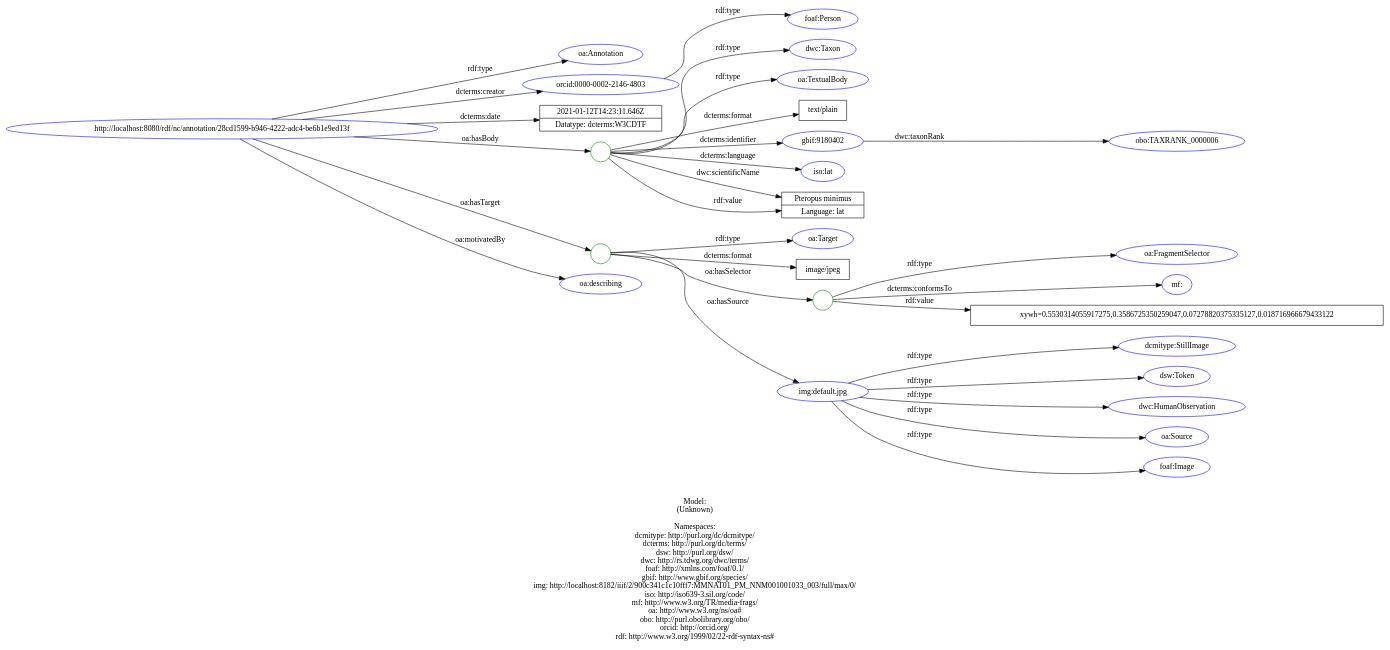
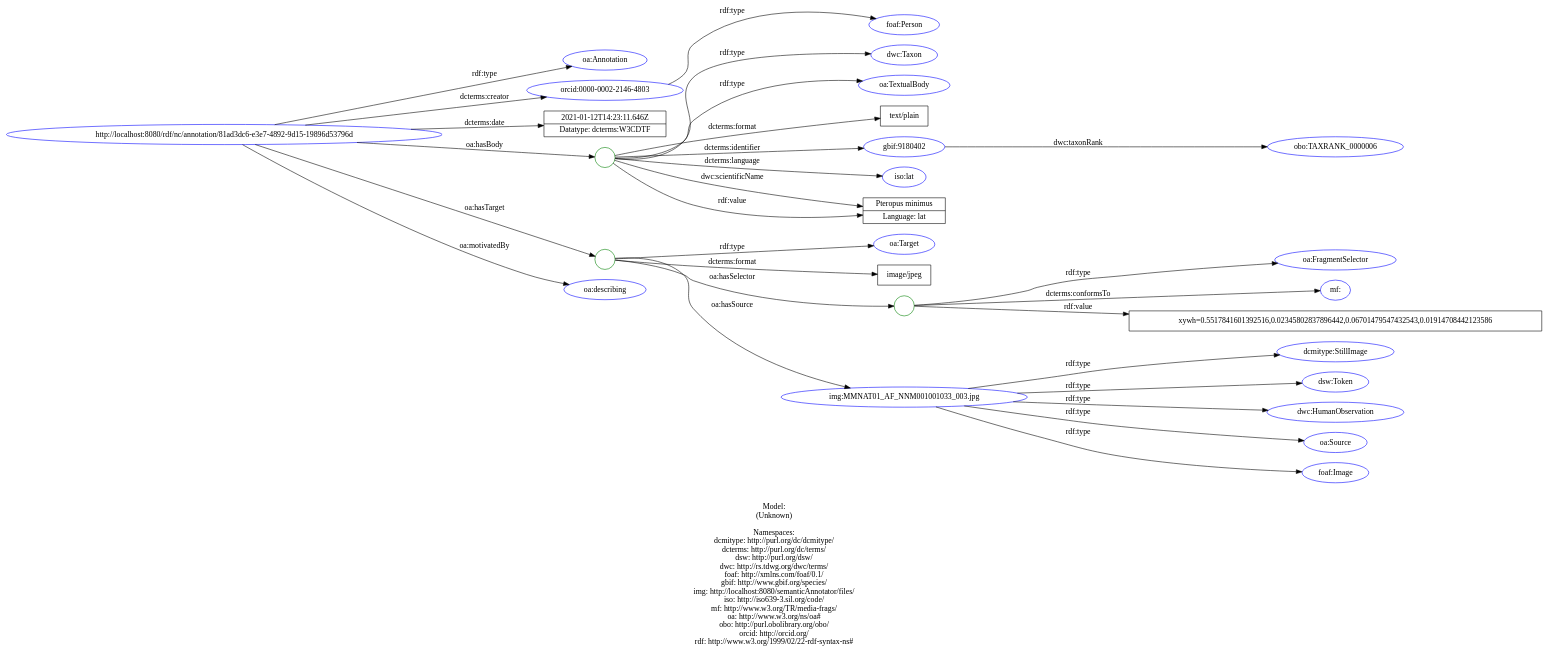
Before and after one commit to lisestork/SFB-Annotator: the diagram in doc/models/example_1_1.dot, drawn with Graphviz. The commit also changed 5 other files, not shown here.

```diff
--- a/doc/models/example_1_1.dot
+++ b/doc/models/example_1_1.dot
@@ -1,67 +1,67 @@
 digraph {
 	rankdir = LR;
 	charset="utf-8";
 
-	"Rhttp://localhost:8080/rdf/nc/annotation/28cd1599-b946-4222-adc4-be6b1e9ed13f" -> "Roa:Annotation" [ label="rdf:type" ];
-	"Rhttp://localhost:8080/rdf/nc/annotation/28cd1599-b946-4222-adc4-be6b1e9ed13f" -> "Rorcid:0000-0002-2146-4803" [ label="dcterms:creator" ];
-	"Rhttp://localhost:8080/rdf/nc/annotation/28cd1599-b946-4222-adc4-be6b1e9ed13f" -> "L2021-01-12T14:23:11.646Z|Datatype: dcterms:W3CDTF" [ label="dcterms:date" ];
-	"Rhttp://localhost:8080/rdf/nc/annotation/28cd1599-b946-4222-adc4-be6b1e9ed13f" -> "B_:node1f0gq2gelx45" [ label="oa:hasBody" ];
-	"B_:node1f0gq2gelx45" -> "Rdwc:Taxon" [ label="rdf:type" ];
-	"B_:node1f0gq2gelx45" -> "Roa:TextualBody" [ label="rdf:type" ];
-	"B_:node1f0gq2gelx45" -> "Ltext/plain" [ label="dcterms:format" ];
-	"B_:node1f0gq2gelx45" -> "Rgbif:9180402" [ label="dcterms:identifier" ];
-	"B_:node1f0gq2gelx45" -> "Riso:lat" [ label="dcterms:language" ];
-	"B_:node1f0gq2gelx45" -> "LPteropus minimus|Language: lat" [ label="dwc:scientificName" ];
-	"B_:node1f0gq2gelx45" -> "LPteropus minimus|Language: lat" [ label="rdf:value" ];
-	"Rhttp://localhost:8080/rdf/nc/annotation/28cd1599-b946-4222-adc4-be6b1e9ed13f" -> "B_:node1f0gq2gelx44" [ label="oa:hasTarget" ];
-	"B_:node1f0gq2gelx44" -> "Roa:Target" [ label="rdf:type" ];
-	"B_:node1f0gq2gelx44" -> "Limage/jpeg" [ label="dcterms:format" ];
-	"B_:node1f0gq2gelx44" -> "B_:node1f0gq2gelx47" [ label="oa:hasSelector" ];
-	"B_:node1f0gq2gelx47" -> "Roa:FragmentSelector" [ label="rdf:type" ];
-	"B_:node1f0gq2gelx47" -> "Rmf:" [ label="dcterms:conformsTo" ];
-	"B_:node1f0gq2gelx47" -> "Lxywh=0.5530314055917275,0.3586725350259047,0.07278820375335127,0.018716966679433122" [ label="rdf:value" ];
-	"B_:node1f0gq2gelx44" -> "Rimg:default.jpg" [ label="oa:hasSource" ];
-	"Rhttp://localhost:8080/rdf/nc/annotation/28cd1599-b946-4222-adc4-be6b1e9ed13f" -> "Roa:describing" [ label="oa:motivatedBy" ];
+	"Rhttp://localhost:8080/rdf/nc/annotation/81ad3dc6-e3e7-4892-9d15-19896d53796d" -> "Roa:Annotation" [ label="rdf:type" ];
+	"Rhttp://localhost:8080/rdf/nc/annotation/81ad3dc6-e3e7-4892-9d15-19896d53796d" -> "Rorcid:0000-0002-2146-4803" [ label="dcterms:creator" ];
+	"Rhttp://localhost:8080/rdf/nc/annotation/81ad3dc6-e3e7-4892-9d15-19896d53796d" -> "L2021-01-12T14:23:11.646Z|Datatype: dcterms:W3CDTF" [ label="dcterms:date" ];
+	"Rhttp://localhost:8080/rdf/nc/annotation/81ad3dc6-e3e7-4892-9d15-19896d53796d" -> "B_:node1f22neqo5x146" [ label="oa:hasBody" ];
+	"B_:node1f22neqo5x146" -> "Rdwc:Taxon" [ label="rdf:type" ];
+	"B_:node1f22neqo5x146" -> "Roa:TextualBody" [ label="rdf:type" ];
+	"B_:node1f22neqo5x146" -> "Ltext/plain" [ label="dcterms:format" ];
+	"B_:node1f22neqo5x146" -> "Rgbif:9180402" [ label="dcterms:identifier" ];
+	"B_:node1f22neqo5x146" -> "Riso:lat" [ label="dcterms:language" ];
+	"B_:node1f22neqo5x146" -> "LPteropus minimus|Language: lat" [ label="dwc:scientificName" ];
+	"B_:node1f22neqo5x146" -> "LPteropus minimus|Language: lat" [ label="rdf:value" ];
+	"Rhttp://localhost:8080/rdf/nc/annotation/81ad3dc6-e3e7-4892-9d15-19896d53796d" -> "B_:node1f22neqo5x145" [ label="oa:hasTarget" ];
+	"B_:node1f22neqo5x145" -> "Roa:Target" [ label="rdf:type" ];
+	"B_:node1f22neqo5x145" -> "Limage/jpeg" [ label="dcterms:format" ];
+	"B_:node1f22neqo5x145" -> "B_:node1f22neqo5x148" [ label="oa:hasSelector" ];
+	"B_:node1f22neqo5x148" -> "Roa:FragmentSelector" [ label="rdf:type" ];
+	"B_:node1f22neqo5x148" -> "Rmf:" [ label="dcterms:conformsTo" ];
+	"B_:node1f22neqo5x148" -> "Lxywh=0.5517841601392516,0.02345802837896442,0.06701479547432543,0.01914708442123586" [ label="rdf:value" ];
+	"B_:node1f22neqo5x145" -> "Rimg:MMNAT01_AF_NNM001001033_003.jpg" [ label="oa:hasSource" ];
+	"Rhttp://localhost:8080/rdf/nc/annotation/81ad3dc6-e3e7-4892-9d15-19896d53796d" -> "Roa:describing" [ label="oa:motivatedBy" ];
 	"Rorcid:0000-0002-2146-4803" -> "Rfoaf:Person" [ label="rdf:type" ];
-	"Rimg:default.jpg" -> "Rdcmitype:StillImage" [ label="rdf:type" ];
-	"Rimg:default.jpg" -> "Rdsw:Token" [ label="rdf:type" ];
-	"Rimg:default.jpg" -> "Rdwc:HumanObservation" [ label="rdf:type" ];
-	"Rimg:default.jpg" -> "Roa:Source" [ label="rdf:type" ];
-	"Rimg:default.jpg" -> "Rfoaf:Image" [ label="rdf:type" ];
+	"Rimg:MMNAT01_AF_NNM001001033_003.jpg" -> "Rdcmitype:StillImage" [ label="rdf:type" ];
+	"Rimg:MMNAT01_AF_NNM001001033_003.jpg" -> "Rdsw:Token" [ label="rdf:type" ];
+	"Rimg:MMNAT01_AF_NNM001001033_003.jpg" -> "Rdwc:HumanObservation" [ label="rdf:type" ];
+	"Rimg:MMNAT01_AF_NNM001001033_003.jpg" -> "Roa:Source" [ label="rdf:type" ];
+	"Rimg:MMNAT01_AF_NNM001001033_003.jpg" -> "Rfoaf:Image" [ label="rdf:type" ];
 	"Rgbif:9180402" -> "Robo:TAXRANK_0000006" [ label="dwc:taxonRank" ];
 
 	// Resources
-	"Rhttp://localhost:8080/rdf/nc/annotation/28cd1599-b946-4222-adc4-be6b1e9ed13f" [ label="http://localhost:8080/rdf/nc/annotation/28cd1599-b946-4222-adc4-be6b1e9ed13f", shape = ellipse, color = blue ];
+	"Rhttp://localhost:8080/rdf/nc/annotation/81ad3dc6-e3e7-4892-9d15-19896d53796d" [ label="http://localhost:8080/rdf/nc/annotation/81ad3dc6-e3e7-4892-9d15-19896d53796d", shape = ellipse, color = blue ];
 	"Roa:Annotation" [ label="oa:Annotation", shape = ellipse, color = blue ];
 	"Rorcid:0000-0002-2146-4803" [ label="orcid:0000-0002-2146-4803", shape = ellipse, color = blue ];
 	"Rdwc:Taxon" [ label="dwc:Taxon", shape = ellipse, color = blue ];
 	"Roa:TextualBody" [ label="oa:TextualBody", shape = ellipse, color = blue ];
 	"Rgbif:9180402" [ label="gbif:9180402", shape = ellipse, color = blue ];
 	"Riso:lat" [ label="iso:lat", shape = ellipse, color = blue ];
 	"Roa:Target" [ label="oa:Target", shape = ellipse, color = blue ];
 	"Roa:FragmentSelector" [ label="oa:FragmentSelector", shape = ellipse, color = blue ];
 	"Rmf:" [ label="mf:", shape = ellipse, color = blue ];
-	"Rimg:default.jpg" [ label="img:default.jpg", shape = ellipse, color = blue ];
+	"Rimg:MMNAT01_AF_NNM001001033_003.jpg" [ label="img:MMNAT01_AF_NNM001001033_003.jpg", shape = ellipse, color = blue ];
 	"Roa:describing" [ label="oa:describing", shape = ellipse, color = blue ];
 	"Rfoaf:Person" [ label="foaf:Person", shape = ellipse, color = blue ];
 	"Rdcmitype:StillImage" [ label="dcmitype:StillImage", shape = ellipse, color = blue ];
 	"Rdsw:Token" [ label="dsw:Token", shape = ellipse, color = blue ];
 	"Rdwc:HumanObservation" [ label="dwc:HumanObservation", shape = ellipse, color = blue ];
 	"Roa:Source" [ label="oa:Source", shape = ellipse, color = blue ];
 	"Rfoaf:Image" [ label="foaf:Image", shape = ellipse, color = blue ];
 	"Robo:TAXRANK_0000006" [ label="obo:TAXRANK_0000006", shape = ellipse, color = blue ];
 
 	// Anonymous nodes
-	"B_:node1f0gq2gelx45" [ label="", shape = circle, color = green ];
-	"B_:node1f0gq2gelx44" [ label="", shape = circle, color = green ];
-	"B_:node1f0gq2gelx47" [ label="", shape = circle, color = green ];
+	"B_:node1f22neqo5x146" [ label="", shape = circle, color = green ];
+	"B_:node1f22neqo5x145" [ label="", shape = circle, color = green ];
+	"B_:node1f22neqo5x148" [ label="", shape = circle, color = green ];
 
 	// Literals
 	"L2021-01-12T14:23:11.646Z|Datatype: dcterms:W3CDTF" [ label="2021-01-12T14:23:11.646Z|Datatype: dcterms:W3CDTF", shape = record ];
 	"Ltext/plain" [ label="text/plain", shape = record ];
 	"LPteropus minimus|Language: lat" [ label="Pteropus minimus|Language: lat", shape = record ];
 	"Limage/jpeg" [ label="image/jpeg", shape = record ];
-	"Lxywh=0.5530314055917275,0.3586725350259047,0.07278820375335127,0.018716966679433122" [ label="xywh=0.5530314055917275,0.3586725350259047,0.07278820375335127,0.018716966679433122", shape = record ];
+	"Lxywh=0.5517841601392516,0.02345802837896442,0.06701479547432543,0.01914708442123586" [ label="xywh=0.5517841601392516,0.02345802837896442,0.06701479547432543,0.01914708442123586", shape = record ];
 
-	label="\n\nModel:\n(Unknown)\n\nNamespaces:\ndcmitype: http://purl.org/dc/dcmitype/\ndcterms: http://purl.org/dc/terms/\ndsw: http://purl.org/dsw/\ndwc: http://rs.tdwg.org/dwc/terms/\nfoaf: http://xmlns.com/foaf/0.1/\ngbif: http://www.gbif.org/species/\nimg: http://localhost:8182/iiif/2/900c341c1c10fff7:MMNAT01_PM_NNM001001033_003/full/max/0/\niso: http://iso639-3.sil.org/code/\nmf: http://www.w3.org/TR/media-frags/\noa: http://www.w3.org/ns/oa#\nobo: http://purl.obolibrary.org/obo/\norcid: http://orcid.org/\nrdf: http://www.w3.org/1999/02/22-rdf-syntax-ns#\n";
+	label="\n\nModel:\n(Unknown)\n\nNamespaces:\ndcmitype: http://purl.org/dc/dcmitype/\ndcterms: http://purl.org/dc/terms/\ndsw: http://purl.org/dsw/\ndwc: http://rs.tdwg.org/dwc/terms/\nfoaf: http://xmlns.com/foaf/0.1/\ngbif: http://www.gbif.org/species/\nimg: http://localhost:8080/semanticAnnotator/files/\niso: http://iso639-3.sil.org/code/\nmf: http://www.w3.org/TR/media-frags/\noa: http://www.w3.org/ns/oa#\nobo: http://purl.obolibrary.org/obo/\norcid: http://orcid.org/\nrdf: http://www.w3.org/1999/02/22-rdf-syntax-ns#\n";
 }
```
